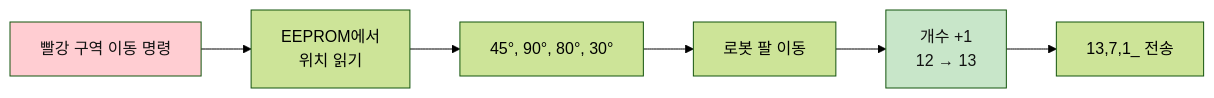
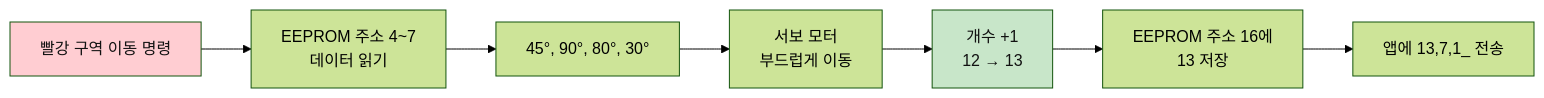
Before and after one commit to Collegenie-X/Smart_Factory_Arms_Project: diagram 23 of 36 in arduino_code/day1_arm_system/07_app_inventor_robot_arm_control/완전통합가이드.md, drawn with Mermaid (forest theme). The commit also changed other lines of this file and 1 other file, not shown here.

````diff
--- a/arduino_code/day1_arm_system/07_app_inventor_robot_arm_control/완전통합가이드.md
+++ b/arduino_code/day1_arm_system/07_app_inventor_robot_arm_control/완전통합가이드.md
@@ -1191,11 +1401,12 @@
 ```mermaid
 graph LR
-    A[빨강 구역 이동 명령] --> B[EEPROM에서<br/>위치 읽기]
+    A[빨강 구역 이동 명령] --> B[EEPROM 주소 4~7<br/>데이터 읽기]
     B --> C[45°, 90°, 80°, 30°]
-    C --> D[로봇 팔 이동]
+    C --> D[서보 모터<br/>부드럽게 이동]
     D --> E[개수 +1<br/>12 → 13]
-    E --> F[13,7,1_ 전송]
+    E --> F[EEPROM 주소 16에<br/>13 저장]
+    F --> G[앱에 13,7,1_ 전송]
     
     style A fill:#FFCDD2,color:#111
     style E fill:#C8E6C9,color:#111
 ```
````
